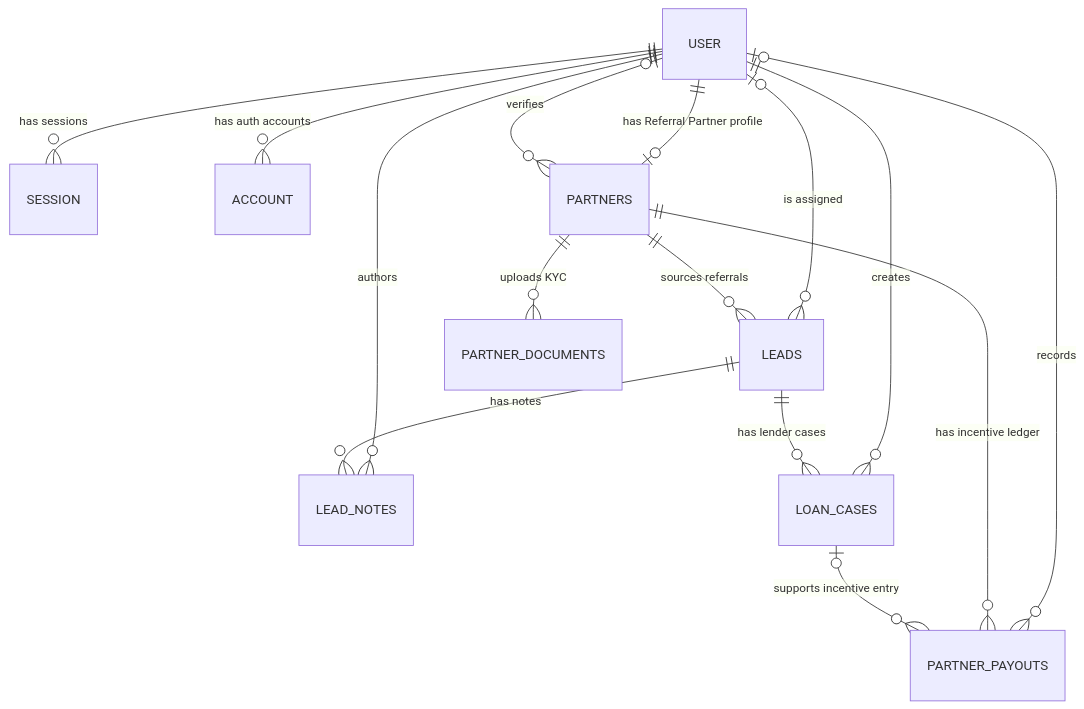
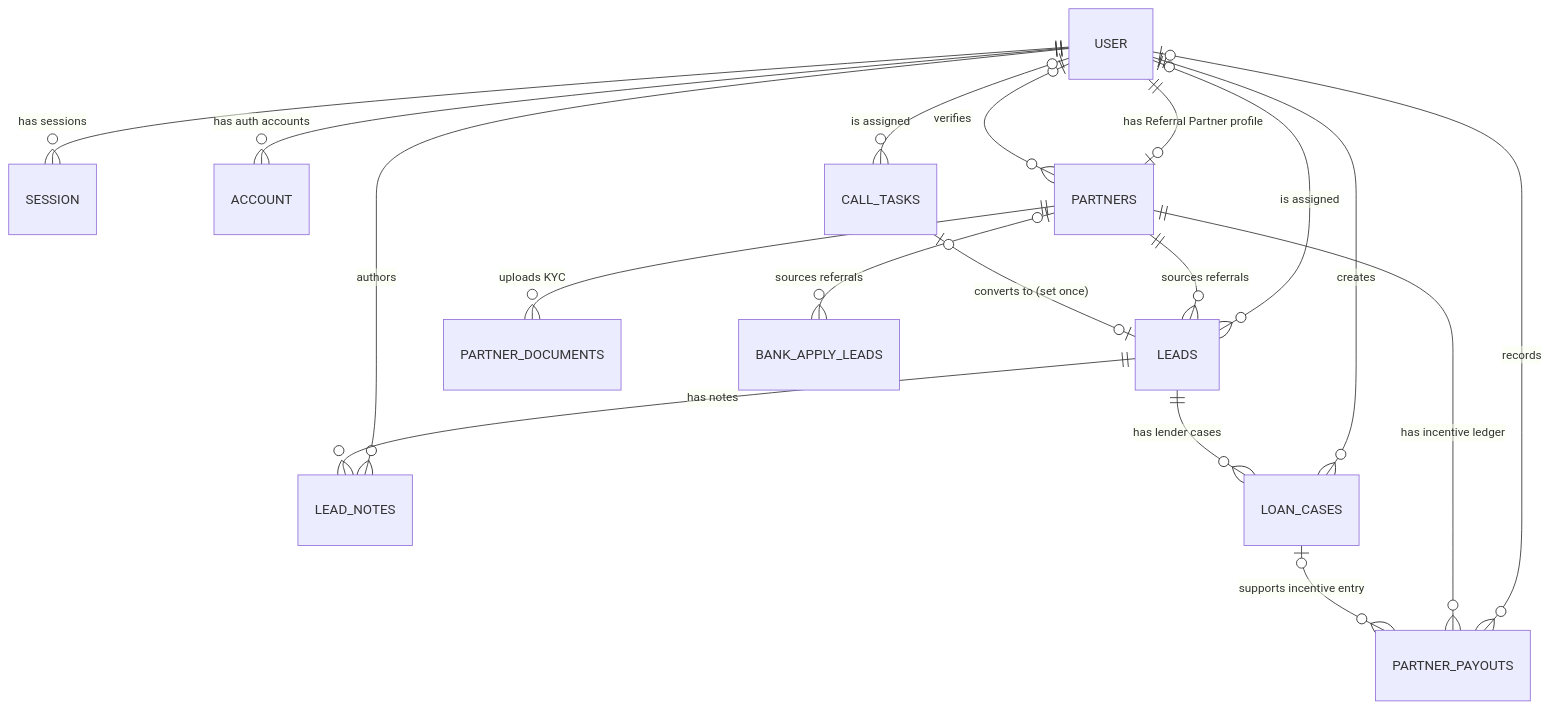
The diagram in docs/architecture.md (shasudo/truelend), drawn with Mermaid before and after one commit. The commit also changed other lines of this file and 11 other files, not shown here.

````diff
--- a/docs/architecture.md
+++ b/docs/architecture.md
@@ -69,19 +51,22 @@
 ```mermaid
 erDiagram
   USER ||--o{ SESSION : "has sessions"
   USER ||--o{ ACCOUNT : "has auth accounts"
   USER ||--o| PARTNERS : "has Referral Partner profile"
   USER o|--o{ LEADS : "is assigned"
   USER ||--o{ LEAD_NOTES : "authors"
   USER ||--o{ LOAN_CASES : "creates"
   USER o|--o{ PARTNERS : "verifies"
   USER o|--o{ PARTNER_PAYOUTS : "records"
+  USER o|--o{ CALL_TASKS : "is assigned"
 
   PARTNERS ||--o{ LEADS : "sources referrals"
   PARTNERS ||--o{ PARTNER_DOCUMENTS : "uploads KYC"
   PARTNERS ||--o{ PARTNER_PAYOUTS : "has incentive ledger"
+  PARTNERS o|--o{ BANK_APPLY_LEADS : "sources referrals"
 
   LEADS ||--o{ LEAD_NOTES : "has notes"
   LEADS ||--o{ LOAN_CASES : "has lender cases"
   LOAN_CASES o|--o{ PARTNER_PAYOUTS : "supports incentive entry"
+  CALL_TASKS o|--o| LEADS : "converts to (set once)"
 ```
````
